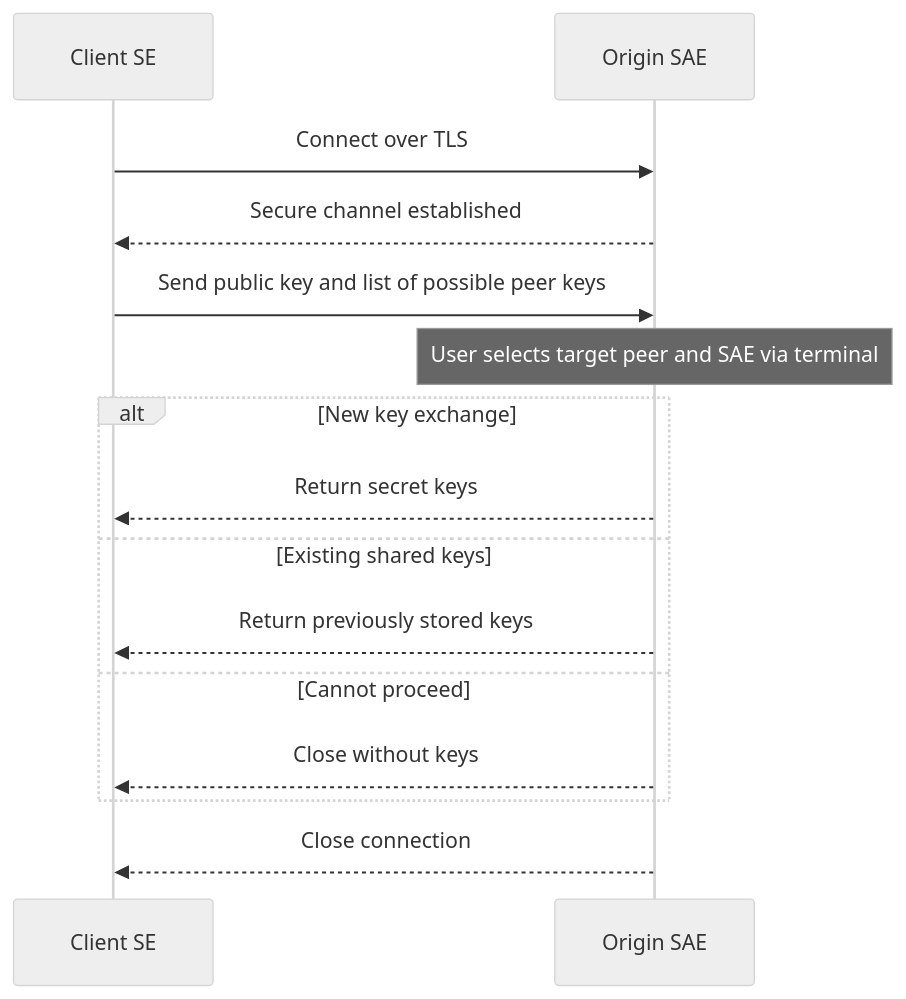
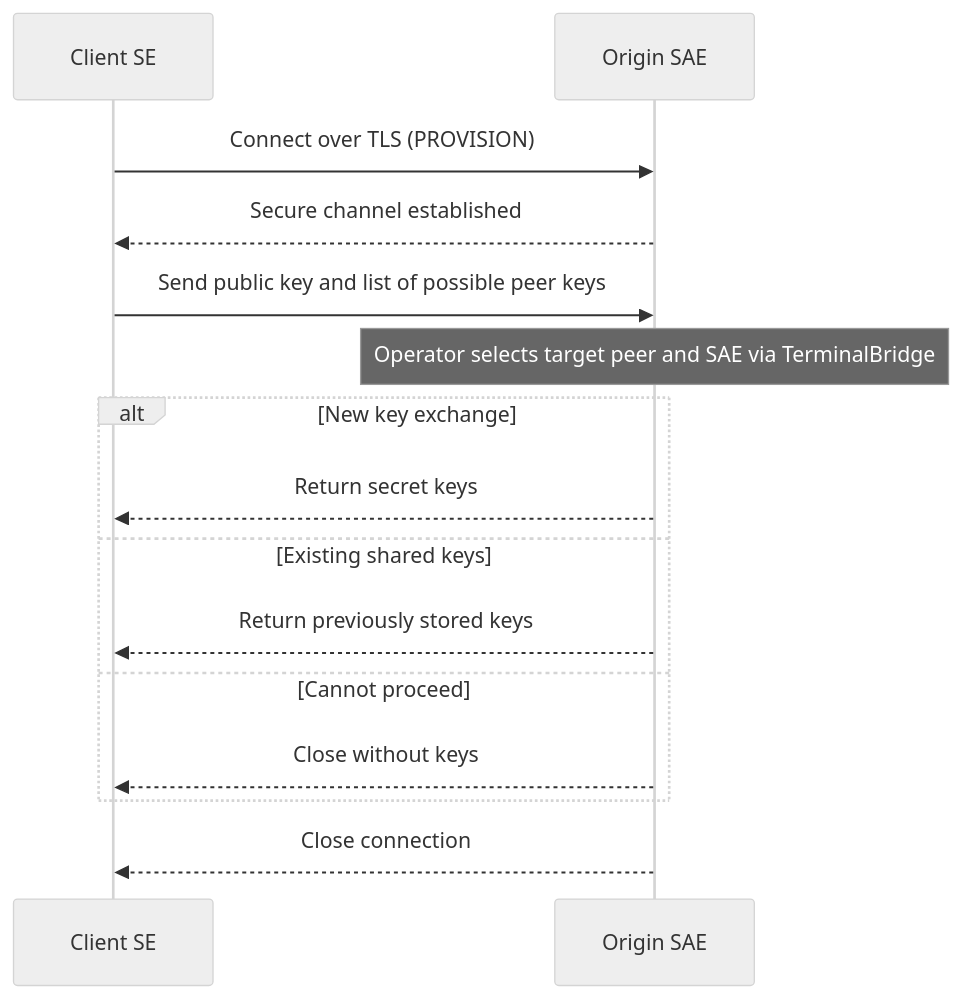
The second of 8 diagrams in JAVA_TLS_TEST/docs/FLOWCHARTS.md (vonasmic/one-time-pad-keychain), drawn with Mermaid (neutral theme) before and after one commit. The commit also changed other lines of this file and 1621 other files, not shown here.

````diff
--- a/JAVA_TLS_TEST/docs/FLOWCHARTS.md
+++ b/JAVA_TLS_TEST/docs/FLOWCHARTS.md
@@ -71,21 +76,21 @@
 ```mermaid
 sequenceDiagram
     participant SE as Client SE
     participant SAE as Origin SAE
 
-    SE->>SAE: Connect over TLS
+    SE->>SAE: Connect over TLS (PROVISION)
     SAE-->>SE: Secure channel established
 
     SE->>SAE: Send public key and list of possible peer keys
-    Note over SAE: User selects target peer and SAE via terminal
+    Note over SAE: Operator selects target peer and SAE via TerminalBridge
 
     alt New key exchange
         SAE-->>SE: Return secret keys
     else Existing shared keys
         SAE-->>SE: Return previously stored keys
     else Cannot proceed
         SAE-->>SE: Close without keys
     end
 
     SAE-->>SE: Close connection
 ```
````
